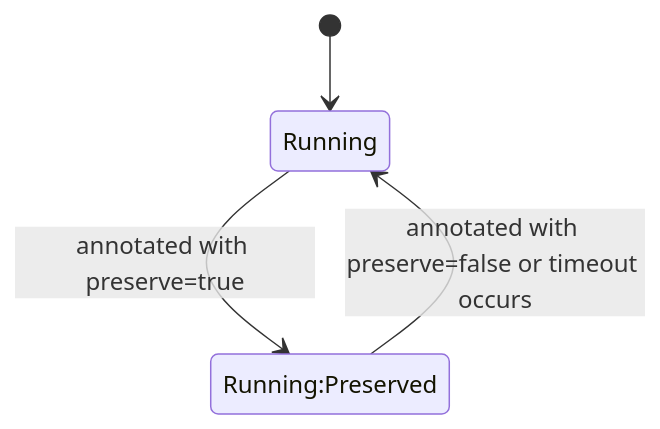
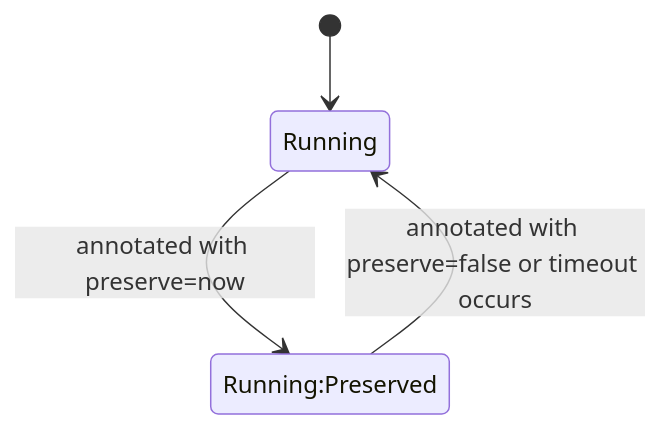
The first of 3 diagrams in docs/proposals/machine-preservation.md (gardener/machine-controller-manager), drawn with Mermaid before and after one commit. The commit also changed other lines of this file, not shown here.

Commit message:
Modify proposal to support use case for `preserve=when-failed`

````diff
--- a/docs/proposals/machine-preservation.md
+++ b/docs/proposals/machine-preservation.md
@@ -65,9 +70,9 @@
 ```mermaid
 stateDiagram-v2
 direction TBP
     state "Running" as R
     state "Running:Preserved" as RP
     [*]-->R
-    R --> RP: annotated with preserve=true
+    R --> RP: annotated with preserve=now
     RP --> R: annotated with preserve=false or timeout occurs
 ```
````
